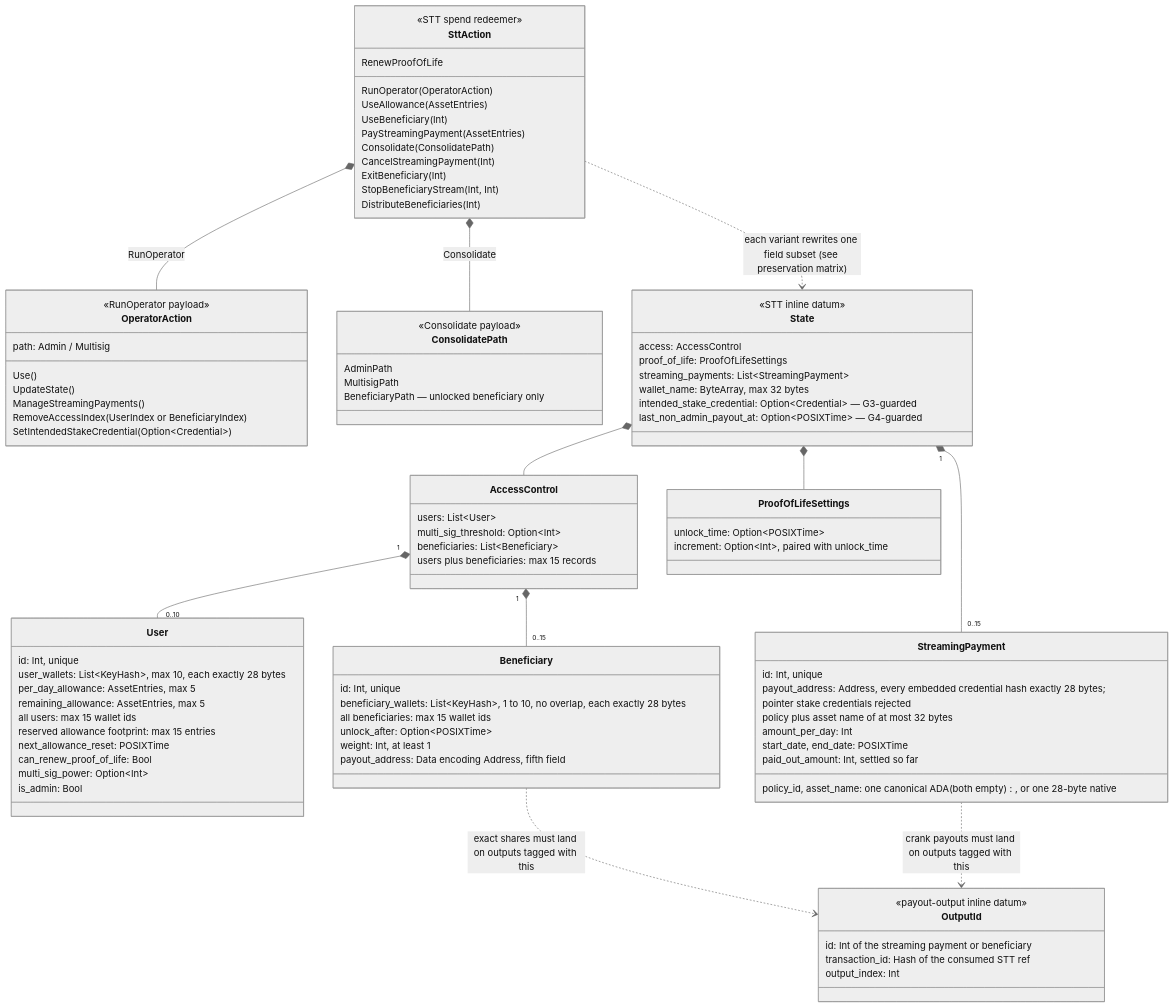
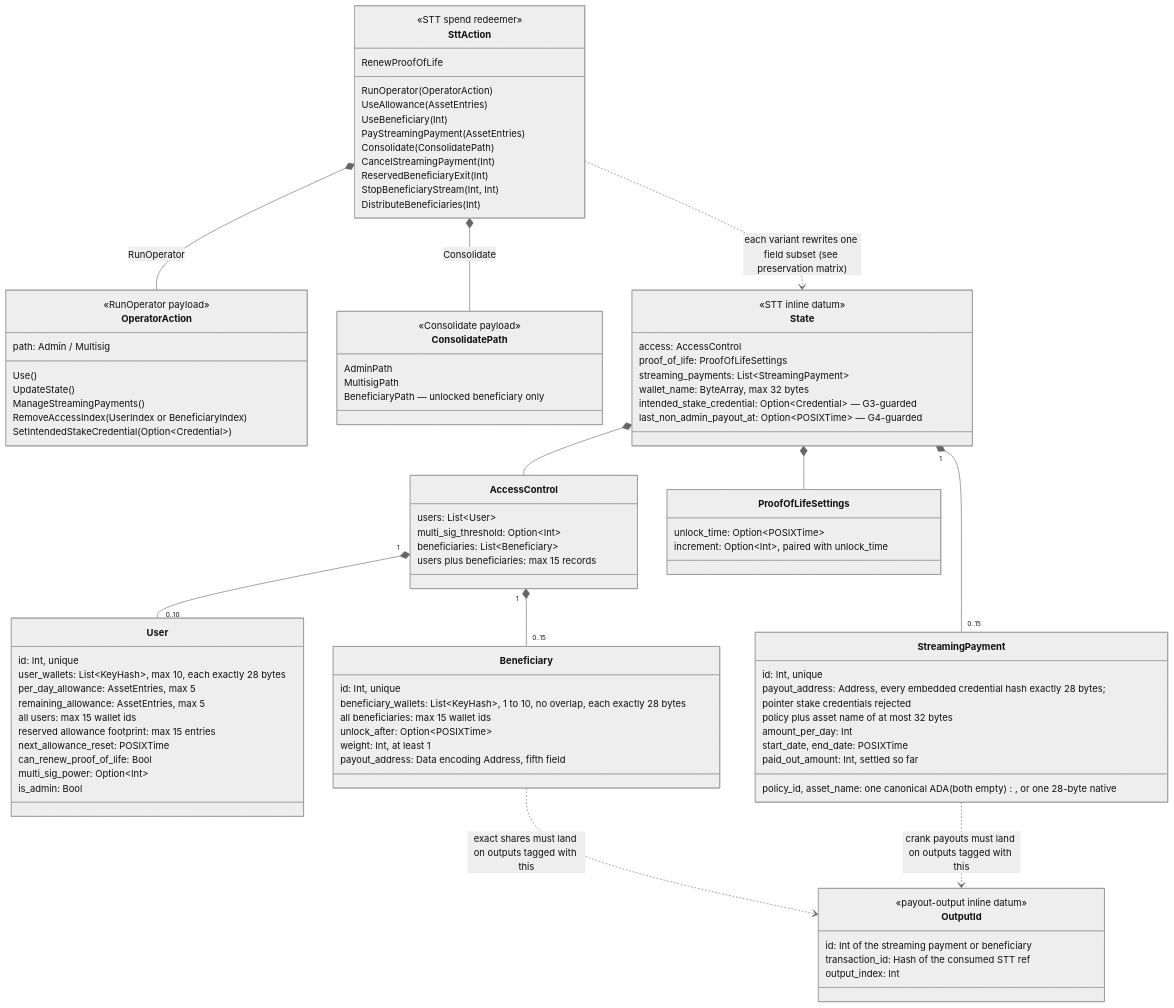
Before and after one commit to schaier-io/epora-wallet: the fifth of 5 diagrams in code/smart-contract/INTERACTIONS.md, drawn with Mermaid (neutral theme). The commit also changed other lines of this file and 104 other files, not shown here.

Commit message:
Remove permanent beneficiary exit

```diff
--- a/code/smart-contract/INTERACTIONS.md
+++ b/code/smart-contract/INTERACTIONS.md
@@ -276,7 +272,7 @@
       PayStreamingPayment(AssetEntries)
       Consolidate(ConsolidatePath)
       CancelStreamingPayment(Int)
-      ExitBeneficiary(Int)
+      ReservedBeneficiaryExit(Int)
       StopBeneficiaryStream(Int, Int)
       DistributeBeneficiaries(Int)
     }
```
